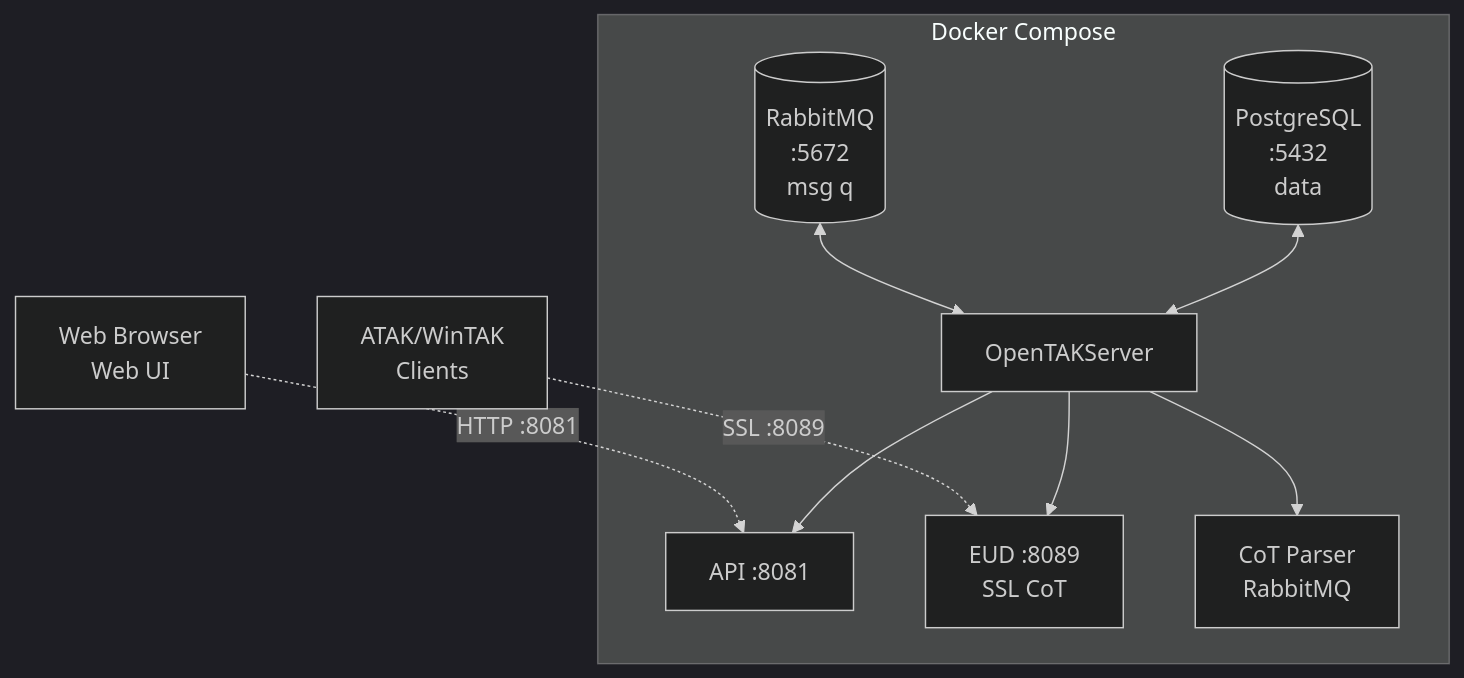
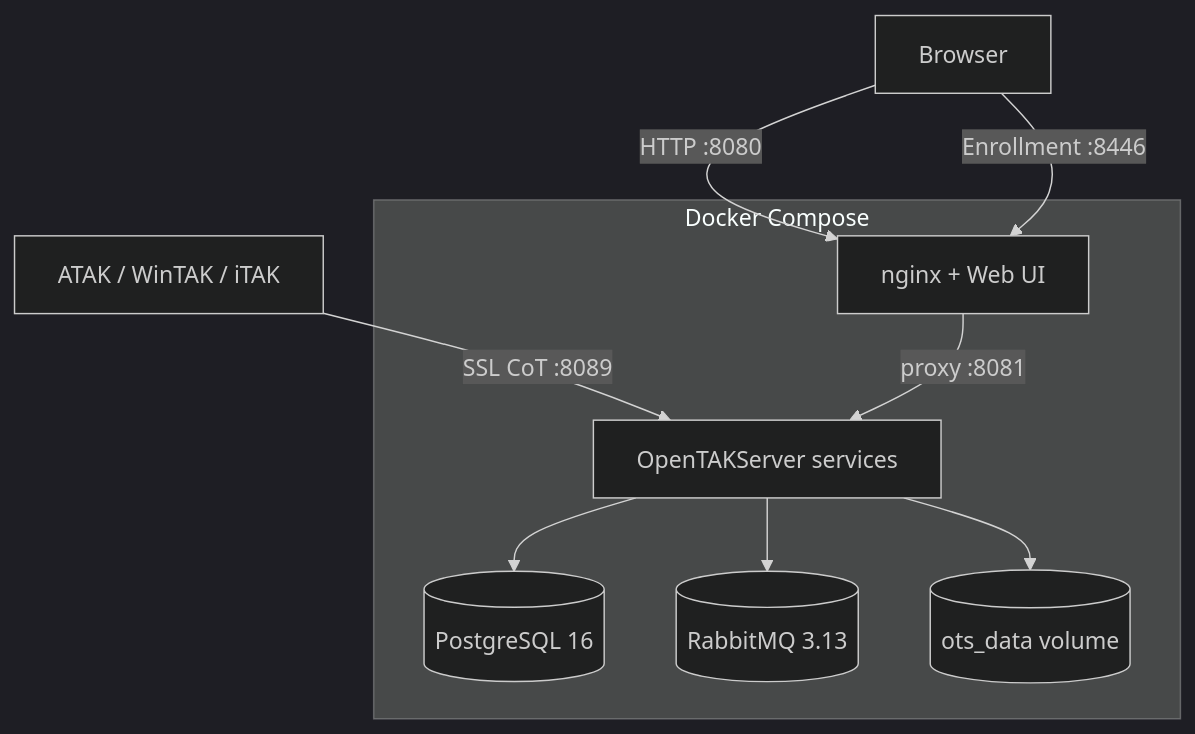
Before and after one commit to 9M2PJU/9M2PJU-Open-TAK-Server-Docker: the diagram in README.md, drawn with Mermaid (dark theme). The commit also changed other lines of this file and 1 other file, not shown here.

````diff
--- a/README.md
+++ b/README.md
@@ -14,15 +140,18 @@
 ```mermaid
 flowchart TB
+    ATAK[ATAK / WinTAK / iTAK] -->|SSL CoT :8089| OTS
+    Browser[Browser] -->|HTTP :8080| Nginx
+    Browser -->|Enrollment :8446| Nginx
+
     subgraph Compose[Docker Compose]
-        PG[(PostgreSQL\n:5432\ndata)]
-        RMQ[(RabbitMQ\n:5672\nmsg q)]
-        OTS[OpenTAKServer]
-        OTS --> API[API :8081]
-        OTS --> EUD[EUD :8089\nSSL CoT]
-        OTS --> CoT[CoT Parser\nRabbitMQ]
-        PG <--> OTS
-        RMQ <--> OTS
+        Nginx[nginx + Web UI]
+        OTS[OpenTAKServer services]
+        PG[(PostgreSQL 16)]
+        RMQ[(RabbitMQ 3.13)]
+        Data[(ots_data volume)]
+        Nginx -->|proxy :8081| OTS
+        OTS --> PG
+        OTS --> RMQ
+        OTS --> Data
     end
-    ATAK[ATAK/WinTAK\nClients] -. SSL :8089 .-> EUD
-    WEB[Web Browser\nWeb UI] -. HTTP :8081 .-> API
 ```
````
